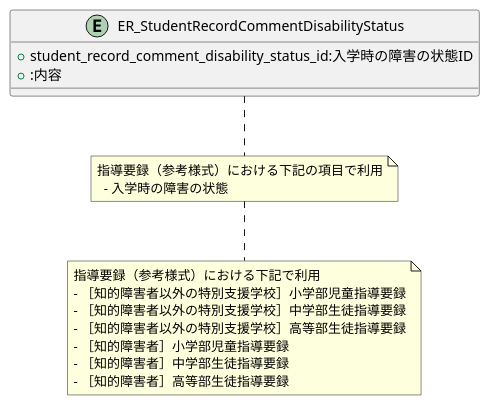
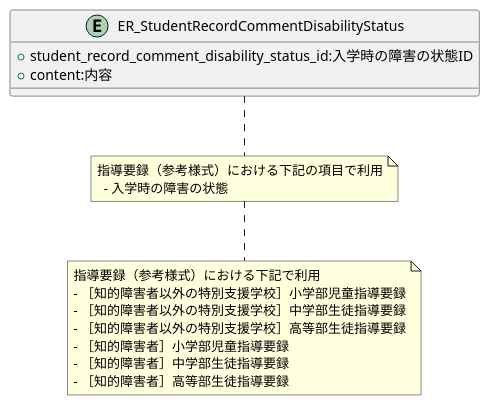
Before and after one commit to popoposorara/ERP_ER: the diagram in Entity/ER_StudentRecordCommentDisabilityStatus.pu, drawn with PlantUML. The commit also changed 25 other files, not shown here.

```diff
--- a/Entity/ER_StudentRecordCommentDisabilityStatus.pu
+++ b/Entity/ER_StudentRecordCommentDisabilityStatus.pu
@@ -1,22 +1,22 @@
 @startuml
 
 entity "ER_StudentRecordCommentDisabilityStatus"{
     + student_record_comment_disability_status_id:入学時の障害の状態ID
-    + :内容
+    + content:内容
 }
 note bottom
 指導要録（参考様式）における下記の項目で利用
   - 入学時の障害の状態
 end note
 
 note bottom
 指導要録（参考様式）における下記で利用
 - ［知的障害者以外の特別支援学校］小学部児童指導要録
 - ［知的障害者以外の特別支援学校］中学部生徒指導要録
 - ［知的障害者以外の特別支援学校］高等部生徒指導要録
 - ［知的障害者］小学部児童指導要録
 - ［知的障害者］中学部生徒指導要録
 - ［知的障害者］高等部生徒指導要録
 end note
 
 @enduml
```
